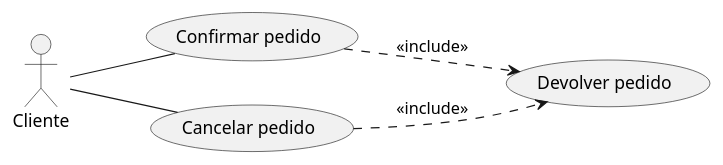
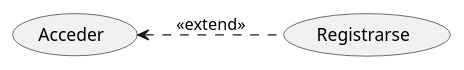
One commit to preguntitas/PlantUml changed the diagram in src/diagrama de casos.puml. Above: the diagram before and after it, drawn with PlantUML. The commit also changed 1 other file, not shown here.

Commit message:
Diagrama inclusión

```diff
--- a/src/diagrama de casos.puml
+++ b/src/diagrama de casos.puml
@@ -1,14 +1,9 @@
 @startuml
 ' DEFINICIONES
-:Cliente: as cliente
-(Confirmar pedido) as confirmar
-(Cancelar pedido) as cancelar
-(Devolver pedido) as devolver
+usecase Acceder
+usecase Registrarse
 
 ' RELACIONES
-left to right direction /'Cambiamos la dirección'/
-cliente -- confirmar
-cliente -- cancelar
-confirmar ..> devolver : <<include>>
-cancelar ..> devolver : <<include>>
+left to right direction
+Acceder <.. Registrarse : <<extend>>
 @enduml
```
